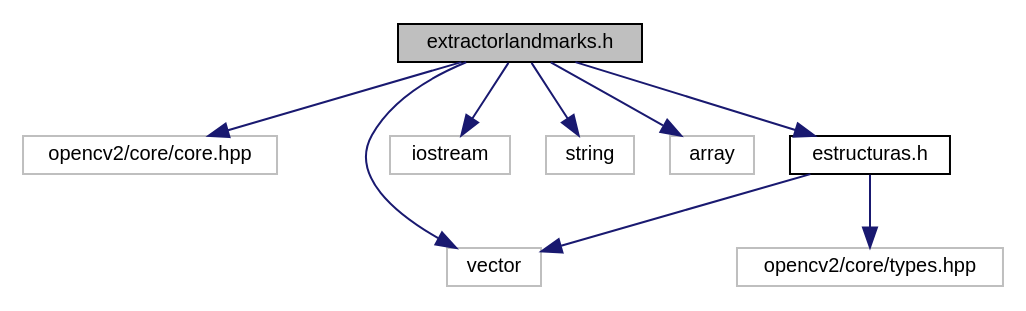
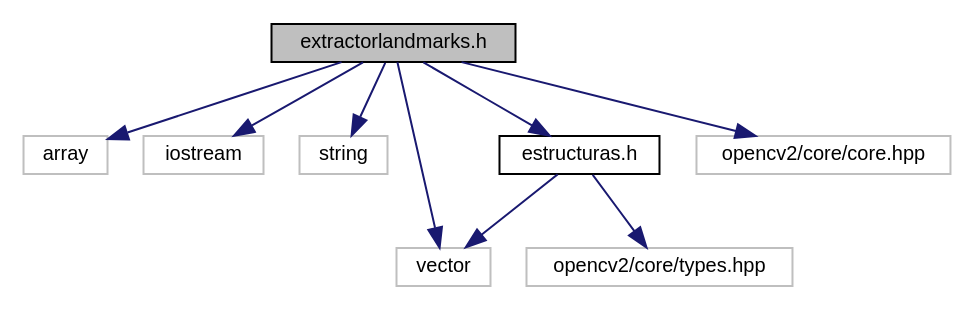
Before and after one commit to agustinavila/ProyectoVision: the diagram in extractorlandmarks_8h__incl.dot, drawn with Graphviz. The commit also changed 191 other files, not shown here.

```diff
--- a/extractorlandmarks_8h__incl.dot
+++ b/extractorlandmarks_8h__incl.dot
@@ -1,22 +1,22 @@
 digraph "extractorlandmarks.h"
 {
  // LATEX_PDF_SIZE
   edge [fontname="Helvetica",fontsize="10",labelfontname="Helvetica",labelfontsize="10"];
   node [fontname="Helvetica",fontsize="10",shape=record];
   Node1 [label="extractorlandmarks.h",height=0.2,width=0.4,color="black", fillcolor="grey75", style="filled", fontcolor="black",tooltip="Declaracion de la clase abstracta ExtractorLandmarks."];
   Node1 -> Node2 [color="midnightblue",fontsize="10",style="solid",fontname="Helvetica"];
-  Node2 [label="opencv2/core/core.hpp",height=0.2,width=0.4,color="grey75", fillcolor="white", style="filled",tooltip=" "];
+  Node2 [label="array",height=0.2,width=0.4,color="grey75", fillcolor="white", style="filled",tooltip=" "];
   Node1 -> Node3 [color="midnightblue",fontsize="10",style="solid",fontname="Helvetica"];
-  Node3 [label="vector",height=0.2,width=0.4,color="grey75", fillcolor="white", style="filled",tooltip=" "];
+  Node3 [label="iostream",height=0.2,width=0.4,color="grey75", fillcolor="white", style="filled",tooltip=" "];
   Node1 -> Node4 [color="midnightblue",fontsize="10",style="solid",fontname="Helvetica"];
-  Node4 [label="iostream",height=0.2,width=0.4,color="grey75", fillcolor="white", style="filled",tooltip=" "];
+  Node4 [label="string",height=0.2,width=0.4,color="grey75", fillcolor="white", style="filled",tooltip=" "];
   Node1 -> Node5 [color="midnightblue",fontsize="10",style="solid",fontname="Helvetica"];
-  Node5 [label="string",height=0.2,width=0.4,color="grey75", fillcolor="white", style="filled",tooltip=" "];
+  Node5 [label="vector",height=0.2,width=0.4,color="grey75", fillcolor="white", style="filled",tooltip=" "];
   Node1 -> Node6 [color="midnightblue",fontsize="10",style="solid",fontname="Helvetica"];
-  Node6 [label="array",height=0.2,width=0.4,color="grey75", fillcolor="white", style="filled",tooltip=" "];
-  Node1 -> Node7 [color="midnightblue",fontsize="10",style="solid",fontname="Helvetica"];
-  Node7 [label="estructuras.h",height=0.2,width=0.4,color="black", fillcolor="white", style="filled",URL="$estructuras_8h.html",tooltip="Descripcion de distintas estructuras de datos usadas por la clase."];
-  Node7 -> Node3 [color="midnightblue",fontsize="10",style="solid",fontname="Helvetica"];
-  Node7 -> Node8 [color="midnightblue",fontsize="10",style="solid",fontname="Helvetica"];
-  Node8 [label="opencv2/core/types.hpp",height=0.2,width=0.4,color="grey75", fillcolor="white", style="filled",tooltip=" "];
+  Node6 [label="estructuras.h",height=0.2,width=0.4,color="black", fillcolor="white", style="filled",URL="$estructuras_8h.html",tooltip="Descripcion de distintas estructuras de datos usadas por la clase."];
+  Node6 -> Node5 [color="midnightblue",fontsize="10",style="solid",fontname="Helvetica"];
+  Node6 -> Node7 [color="midnightblue",fontsize="10",style="solid",fontname="Helvetica"];
+  Node7 [label="opencv2/core/types.hpp",height=0.2,width=0.4,color="grey75", fillcolor="white", style="filled",tooltip=" "];
+  Node1 -> Node8 [color="midnightblue",fontsize="10",style="solid",fontname="Helvetica"];
+  Node8 [label="opencv2/core/core.hpp",height=0.2,width=0.4,color="grey75", fillcolor="white", style="filled",tooltip=" "];
 }
```
